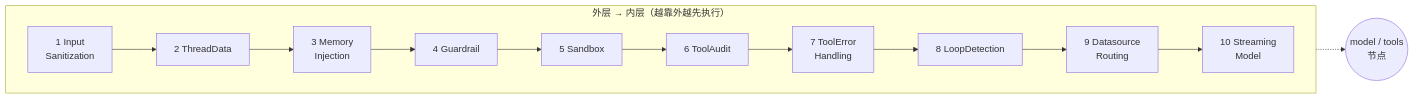
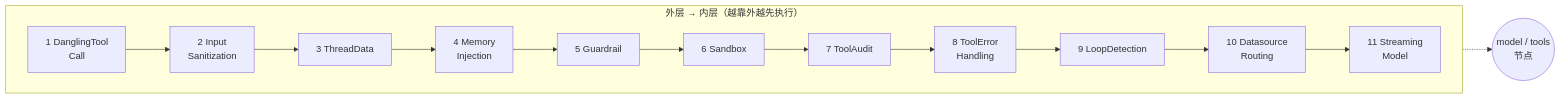
One commit to yujunxin1998/raster-agent changed the third of 5 diagrams in docs/Agent架构设计文档.md. Above: the diagram before and after it, drawn with Mermaid. The commit also changed other lines of this file and 2 other files, not shown here.

````diff
--- a/docs/Agent架构设计文档.md
+++ b/docs/Agent架构设计文档.md
@@ -155,8 +155,8 @@
 ```mermaid
 flowchart LR
     subgraph outer["外层 → 内层（越靠外越先执行）"]
         direction LR
-        M1["1 Input<br/>Sanitization"] --> M2["2 ThreadData"] --> M3["3 Memory<br/>Injection"] --> M4["4 Guardrail"] --> M5["5 Sandbox"] --> M6["6 ToolAudit"] --> M7["7 ToolError<br/>Handling"] --> M8["8 LoopDetection"] --> M9["9 Datasource<br/>Routing"] --> M10["10 Streaming<br/>Model"]
+        M1["1 DanglingTool<br/>Call"] --> M2["2 Input<br/>Sanitization"] --> M3["3 ThreadData"] --> M4["4 Memory<br/>Injection"] --> M5["5 Guardrail"] --> M6["6 Sandbox"] --> M7["7 ToolAudit"] --> M8["8 ToolError<br/>Handling"] --> M9["9 LoopDetection"] --> M10["10 Datasource<br/>Routing"] --> M11["11 Streaming<br/>Model"]
     end
-    M10 -.-> CORE(("model / tools<br/>节点"))
+    M11 -.-> CORE(("model / tools<br/>节点"))
 ```
````
